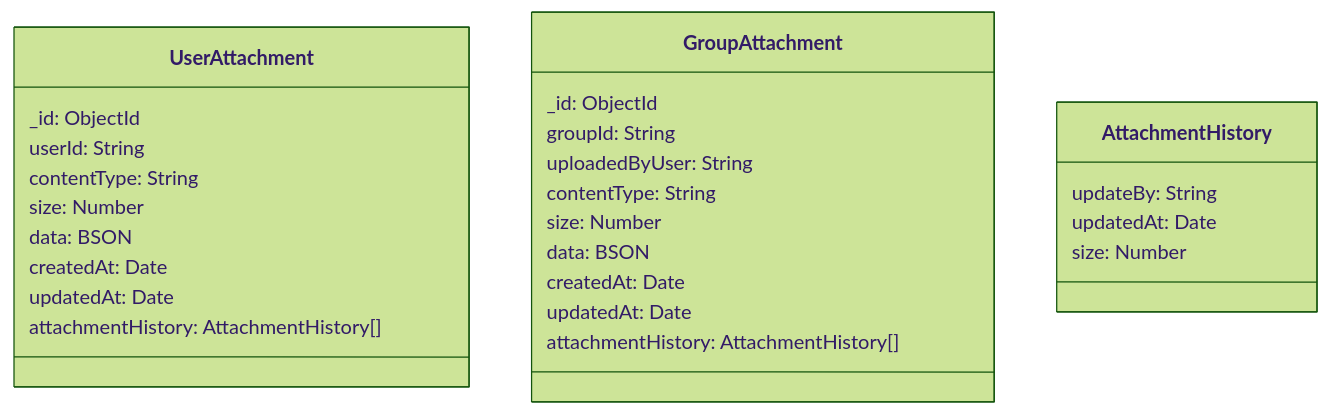
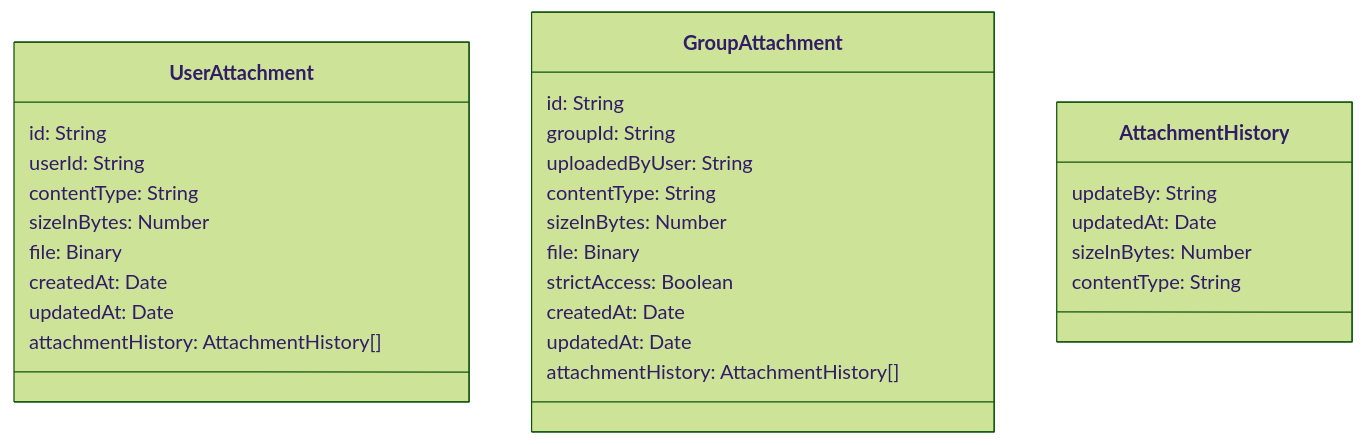
One commit to Group-Expense-Manager/gem-docs changed diagram 19 of 20 in docs/contracts.md. Above: the diagram before and after it, drawn with Mermaid (forest theme). The commit also changed other lines of this file and 1 other file, not shown here.

Commit message:
updated flow diagrams & database classes

````diff
--- a/docs/contracts.md
+++ b/docs/contracts.md
@@ -830,32 +934,34 @@
 ```mermaid
 
 classDiagram
     class UserAttachment {
-    _id: ObjectId
+    id: String
     userId: String
     contentType: String
-    size: Number
-    data: BSON
+    sizeInBytes: Number
+    file: Binary
     createdAt: Date
     updatedAt: Date
     attachmentHistory: AttachmentHistory[]
     }
   
     class GroupAttachment {
-        _id: ObjectId
+        id: String
         groupId: String
         uploadedByUser: String
         contentType: String
-        size: Number
-        data: BSON
+        sizeInBytes: Number
+        file: Binary
+        strictAccess: Boolean
         createdAt: Date
         updatedAt: Date
         attachmentHistory: AttachmentHistory[]
     }
     
     class AttachmentHistory {
         updateBy: String
         updatedAt: Date
-        size: Number
+        sizeInBytes: Number
+        contentType: String
     }
 ```
````
